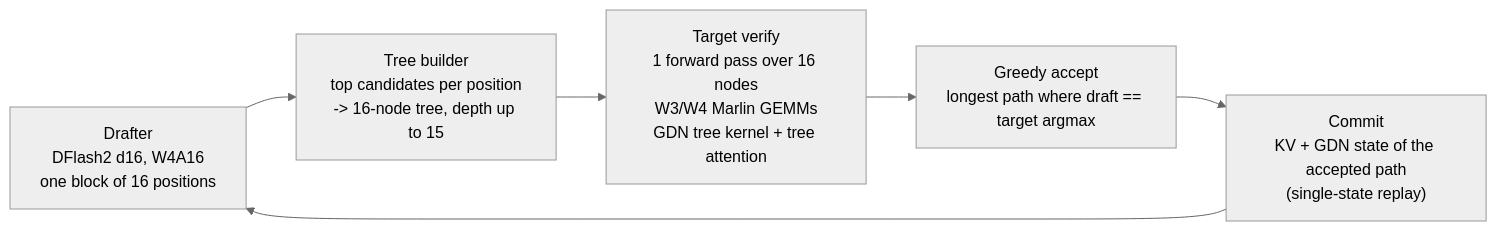
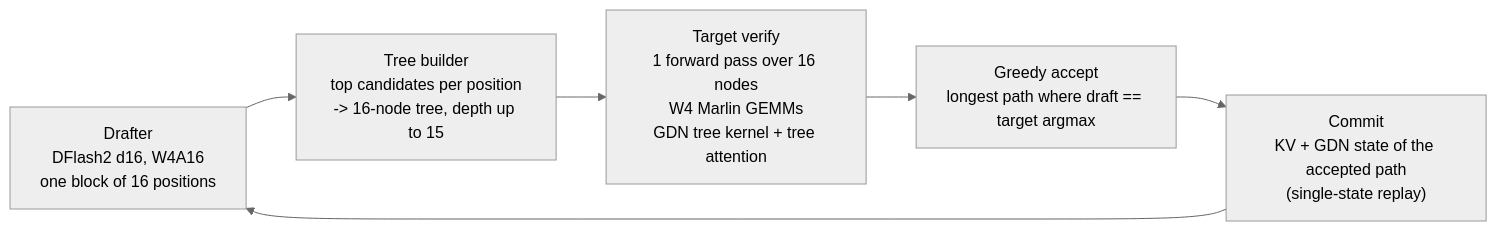
The first of 2 diagrams in README.md (atdev-company/atdev-serve), drawn with Mermaid (neutral theme) before and after one commit. The commit also changed other lines of this file and 1 other file, not shown here.

````diff
--- a/README.md
+++ b/README.md
@@ -131,8 +145,8 @@
 ```mermaid
 flowchart LR
     A["Drafter<br/>DFlash2 d16, W4A16<br/>one block of 16 positions"] --> B["Tree builder<br/>top candidates per position<br/>-> 16-node tree, depth up to 15"]
-    B --> C["Target verify<br/>1 forward pass over 16 nodes<br/>W3/W4 Marlin GEMMs<br/>GDN tree kernel + tree attention"]
+    B --> C["Target verify<br/>1 forward pass over 16 nodes<br/>W4 Marlin GEMMs<br/>GDN tree kernel + tree attention"]
     C --> D["Greedy accept<br/>longest path where draft == target argmax"]
     D --> E["Commit<br/>KV + GDN state of the accepted path<br/>(single-state replay)"]
     E --> A
 ```
````
